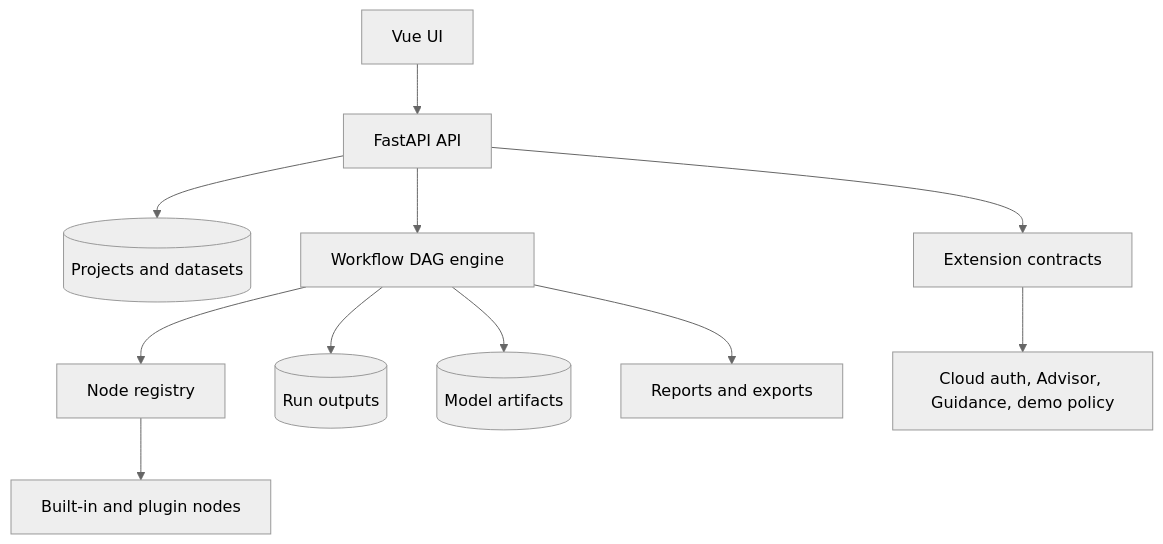
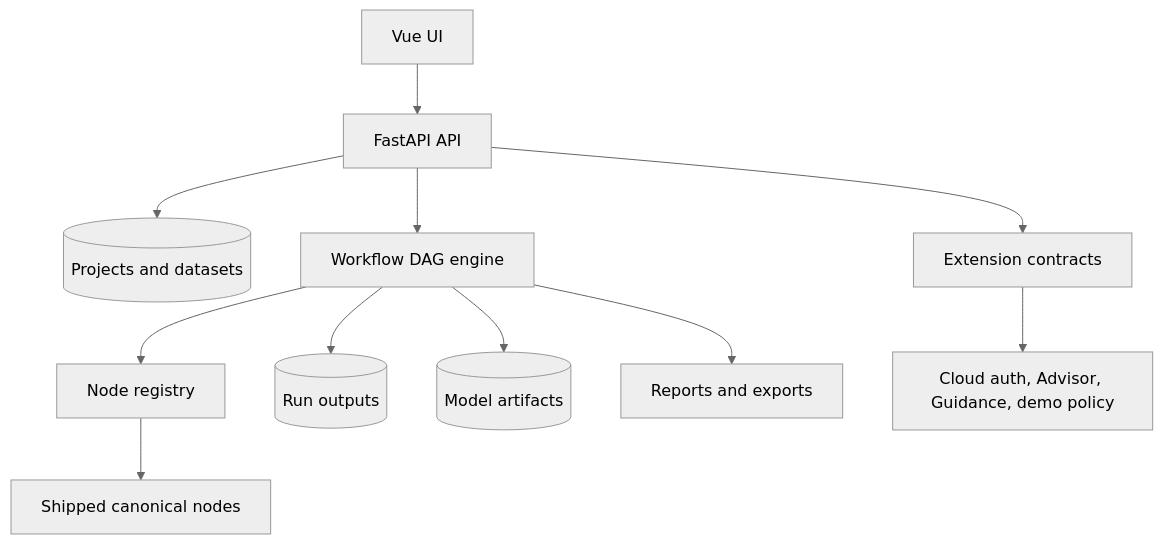
One commit to Spectra-Scientific-LLC/Spectra-Sherpa changed the diagram in docs/architecture/index.md. Above: the diagram before and after it, drawn with Mermaid (neutral theme). The commit also changed other lines of this file and 80 other files, not shown here.

````diff
--- a/docs/architecture/index.md
+++ b/docs/architecture/index.md
@@ -16,13 +16,13 @@
 ```mermaid
 flowchart TB
     UI[Vue UI] --> API[FastAPI API]
     API --> DATA[(Projects and datasets)]
     API --> DAG[Workflow DAG engine]
     DAG --> REG[Node registry]
-    REG --> NODES[Built-in and plugin nodes]
+    REG --> NODES[Shipped canonical nodes]
     DAG --> RUNS[(Run outputs)]
     DAG --> MODELS[(Model artifacts)]
     DAG --> EXPORTS[Reports and exports]
     API --> EXT[Extension contracts]
     EXT --> CLOUD[Cloud auth, Advisor, Guidance, demo policy]
 ```
````
